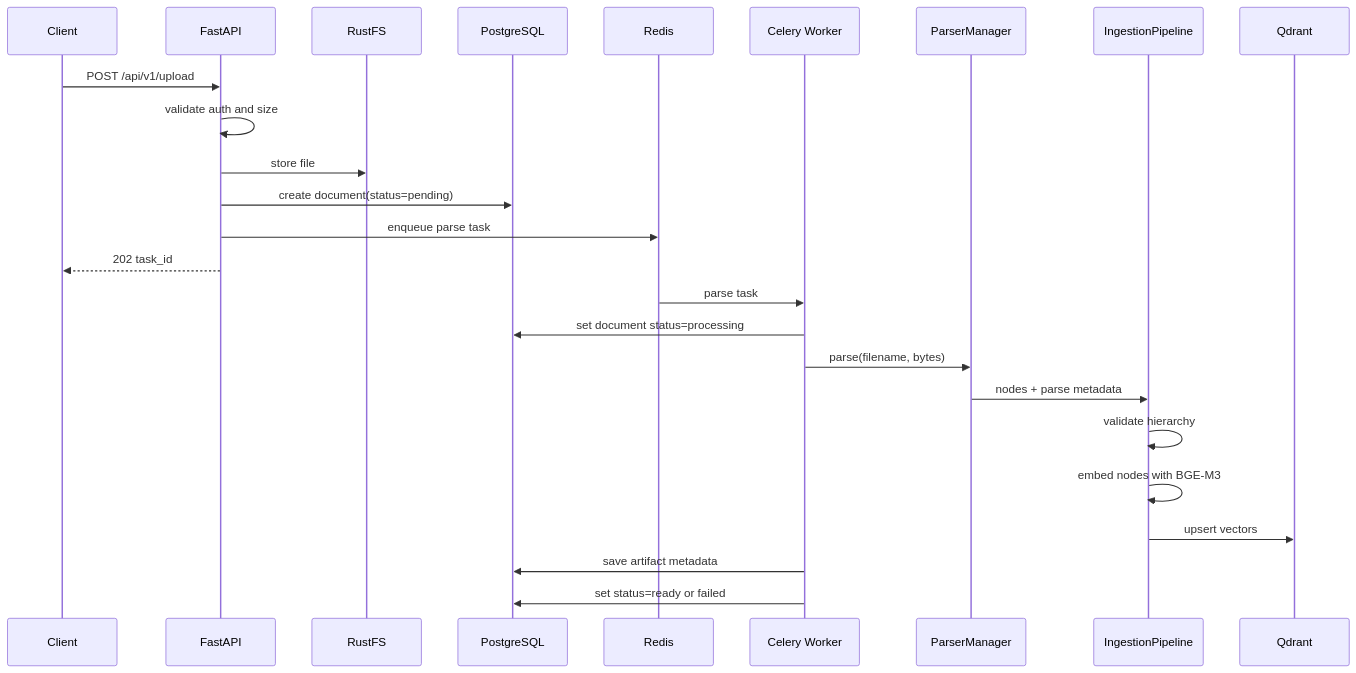
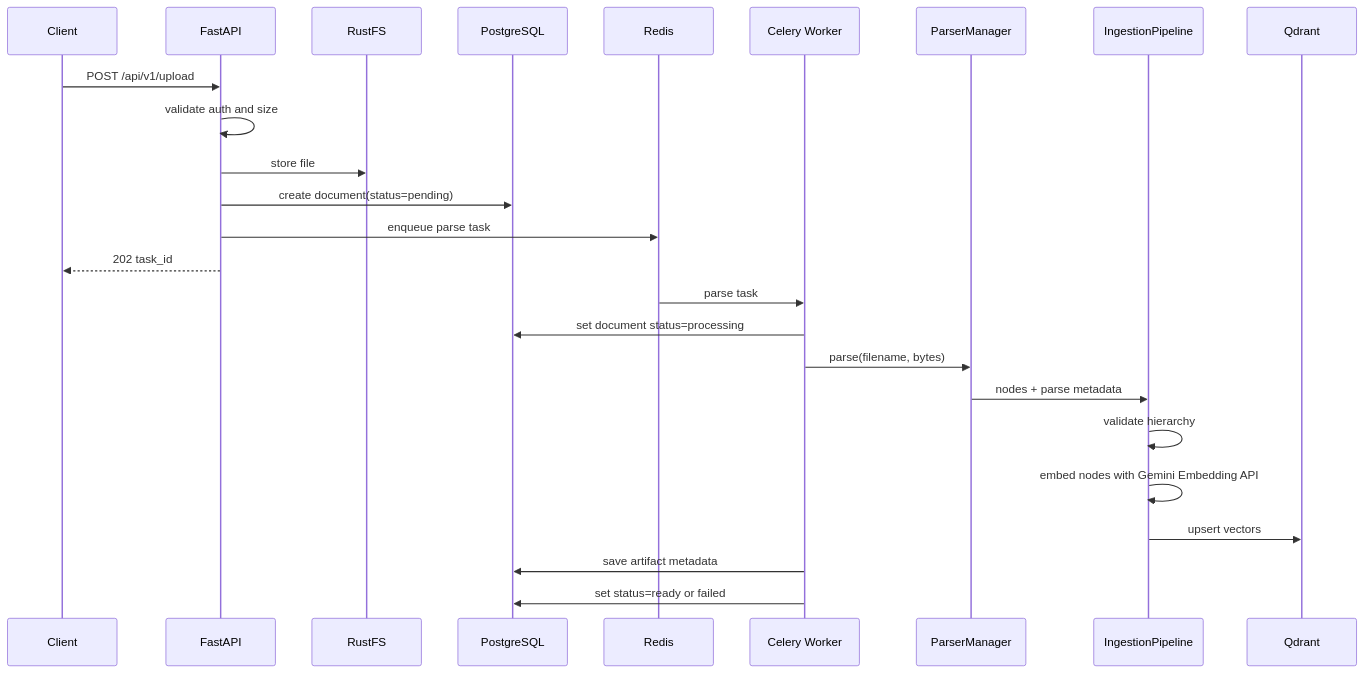
Before and after one commit to qtuanph/chatbot-rag: the first of 3 diagrams in docs/03_CORE_WORKFLOWS.md, drawn with Mermaid. The commit also changed 19 other files, not shown here.

Commit message:
feat: Replace BGE-M3 embedding with Google Gemini embedding and update related configurations

````diff
--- a/docs/03_CORE_WORKFLOWS.md
+++ b/docs/03_CORE_WORKFLOWS.md
@@ -7,29 +7,29 @@
 ```mermaid
 sequenceDiagram
     participant Client
     participant API as FastAPI
     participant RustFS
     participant DB as PostgreSQL
     participant Redis
     participant Worker as Celery Worker
     participant Parser as ParserManager
     participant Pipeline as IngestionPipeline
     participant Qdrant
 
     Client->>API: POST /api/v1/upload
     API->>API: validate auth and size
     API->>RustFS: store file
     API->>DB: create document(status=pending)
     API->>Redis: enqueue parse task
     API-->>Client: 202 task_id
 
     Redis->>Worker: parse task
     Worker->>DB: set document status=processing
     Worker->>Parser: parse(filename, bytes)
     Parser->>Pipeline: nodes + parse metadata
     Pipeline->>Pipeline: validate hierarchy
-    Pipeline->>Pipeline: embed nodes with BGE-M3
+    Pipeline->>Pipeline: embed nodes with Gemini Embedding API
     Pipeline->>Qdrant: upsert vectors
     Worker->>DB: save artifact metadata
     Worker->>DB: set status=ready or failed
 ```
````
